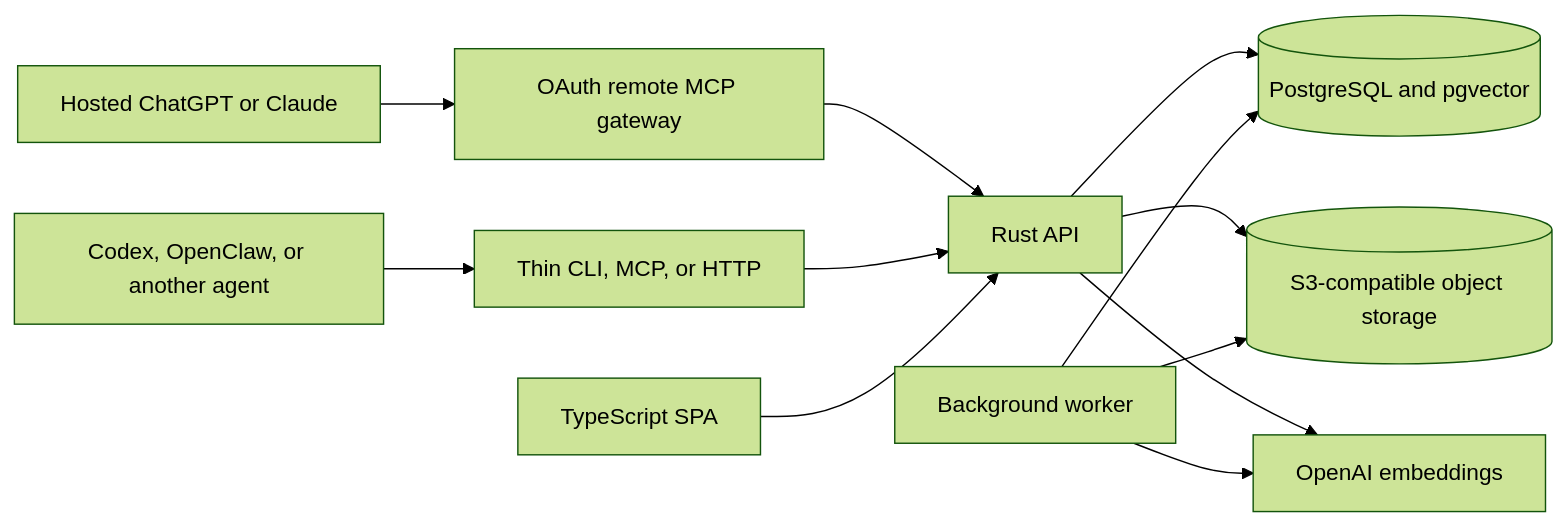
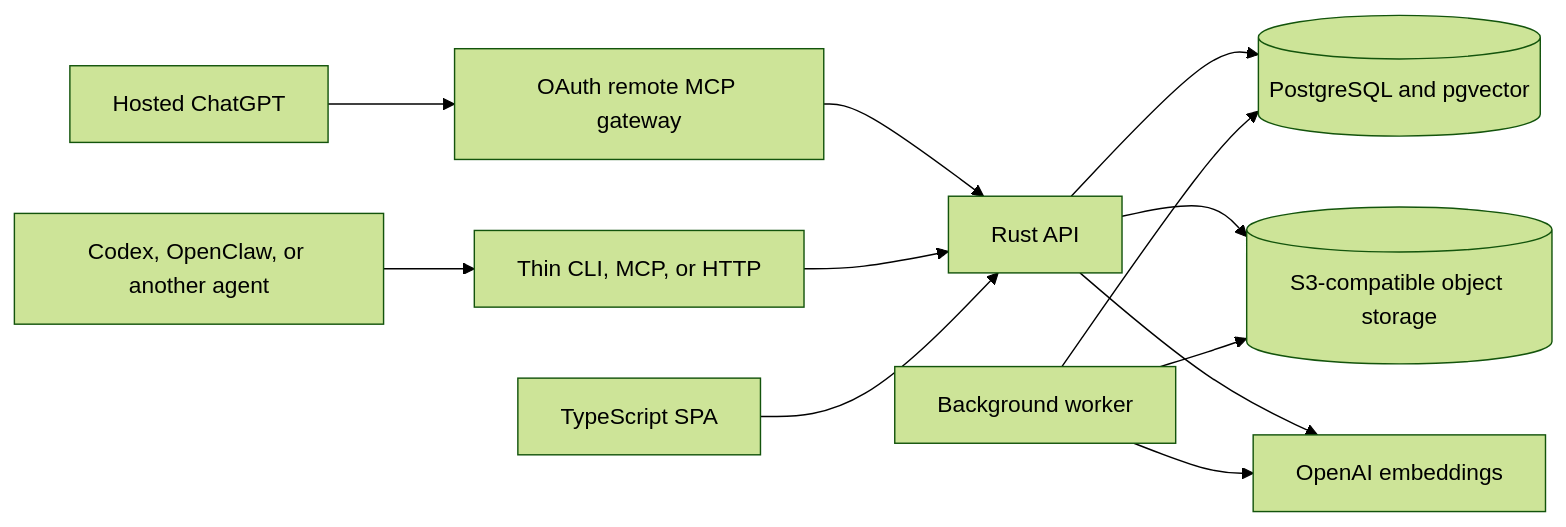
Before and after one commit to TorKallon/brunn: the diagram in docs/Architecture.md, drawn with Mermaid (forest theme). The commit also changed 25 other files, not shown here.

````diff
--- a/docs/Architecture.md
+++ b/docs/Architecture.md
@@ -32,14 +32,14 @@
 ```mermaid
 flowchart LR
     A["Codex, OpenClaw, or another agent"] --> B["Thin CLI, MCP, or HTTP"]
-    H["Hosted ChatGPT or Claude"] --> G["OAuth remote MCP gateway"]
+    H["Hosted ChatGPT"] --> G["OAuth remote MCP gateway"]
     G --> R
     B --> R["Rust API"]
     S["TypeScript SPA"] --> R
     R --> P[("PostgreSQL and pgvector")]
     R --> O[("S3-compatible object storage")]
     R --> E["OpenAI embeddings"]
     W["Background worker"] --> P
     W --> O
     W --> E
 ```
````
